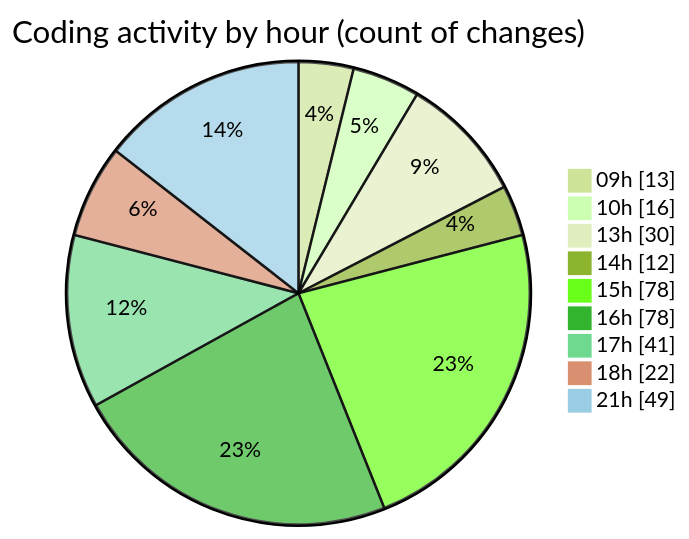
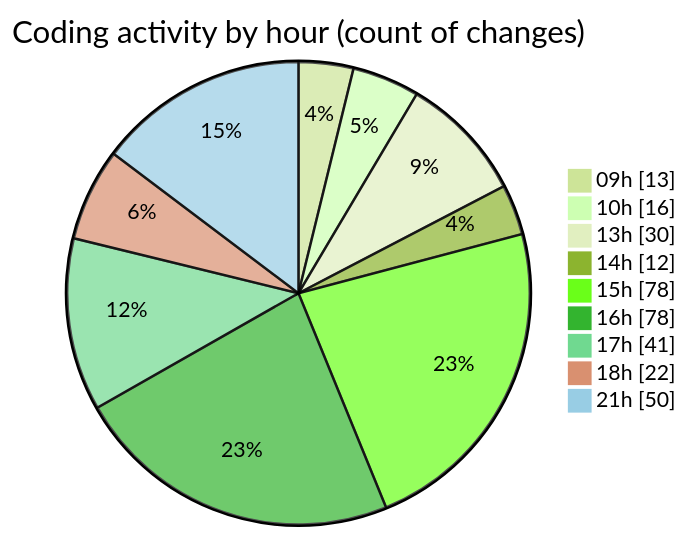
Before and after one commit to momahboobian/code-tracking: the second of 2 diagrams in 2025-03-31/cda/README.md, drawn with Mermaid (forest theme). The commit also changed other lines of this file and 1 other file, not shown here.

````diff
--- a/2025-03-31/cda/README.md
+++ b/2025-03-31/cda/README.md
@@ -50,13 +50,13 @@
 ```mermaid
 pie showData
 title Coding activity by hour (count of changes)
 "09h" : 13
 "10h" : 16
 "13h" : 30
 "14h" : 12
 "15h" : 78
 "16h" : 78
 "17h" : 41
 "18h" : 22
-"21h" : 49
+"21h" : 50
 ```
````
